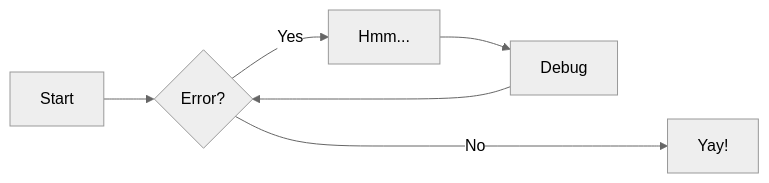
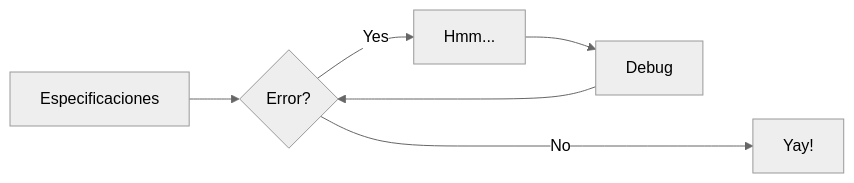
Before and after one commit to cirofabianbermudez/curso_fpga: the second of 2 diagrams in docs/00. Instalación/00_instalacion.md, drawn with Mermaid (neutral theme). The commit also changed 1 other file, not shown here.

Commit message:
Analitics activado

````diff
--- a/docs/00. Instalación/00_instalacion.md
+++ b/docs/00. Instalación/00_instalacion.md
@@ -40,8 +40,8 @@
 ``` mermaid
 graph LR
-  A[Start] --> B{Error?};
+  A[Especificaciones] --> B{Error?};
   B -->|Yes| C[Hmm...];
   C --> D[Debug];
   D --> B;
   B ---->|No| E[Yay!];
 ```
````
